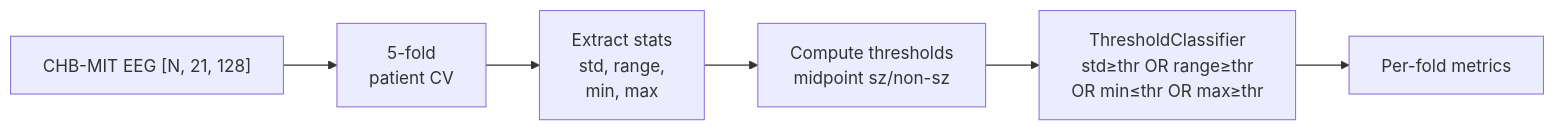
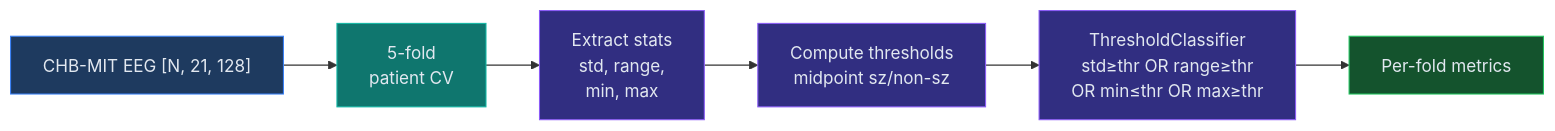
Before and after one commit to RICSE-donnenfeld/DEEPL-brainshake: the diagram in mermaid/threshold.mmd, drawn with Mermaid. The commit also changed 18 other files, not shown here.

```diff
--- a/mermaid/threshold.mmd
+++ b/mermaid/threshold.mmd
@@ -1,7 +1,14 @@
 %% Threshold baseline pipeline — horizontal
 flowchart LR
     data["CHB-MIT EEG [N, 21, 128]"] --> kfold["5-fold<br/>patient CV"]
     kfold --> extract["Extract stats<br/>std, range,<br/>min, max"]
     extract --> thresholds["Compute thresholds<br/>midpoint sz/non-sz"]
     thresholds --> classifier["ThresholdClassifier<br/>std≥thr OR range≥thr<br/>OR min≤thr OR max≥thr"]
     classifier --> evaluate["Per-fold metrics"]
+
+    style data fill:#1e3a5f,stroke:#3b82f6,color:#e2e8f0
+    style kfold fill:#0f766e,stroke:#14b8a6,color:#e2e8f0
+    style extract fill:#312e81,stroke:#8b5cf6,color:#e2e8f0
+    style thresholds fill:#312e81,stroke:#8b5cf6,color:#e2e8f0
+    style classifier fill:#312e81,stroke:#8b5cf6,color:#e2e8f0
+    style evaluate fill:#14532d,stroke:#22c55e,color:#e2e8f0
```
